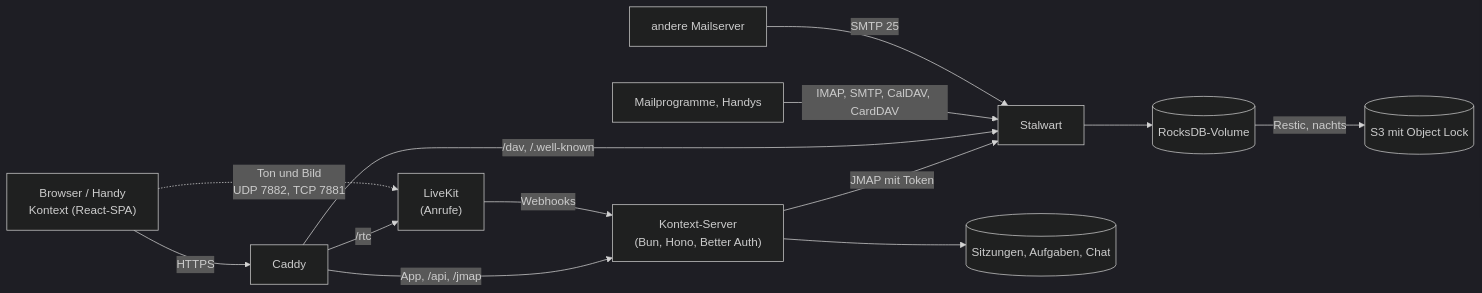
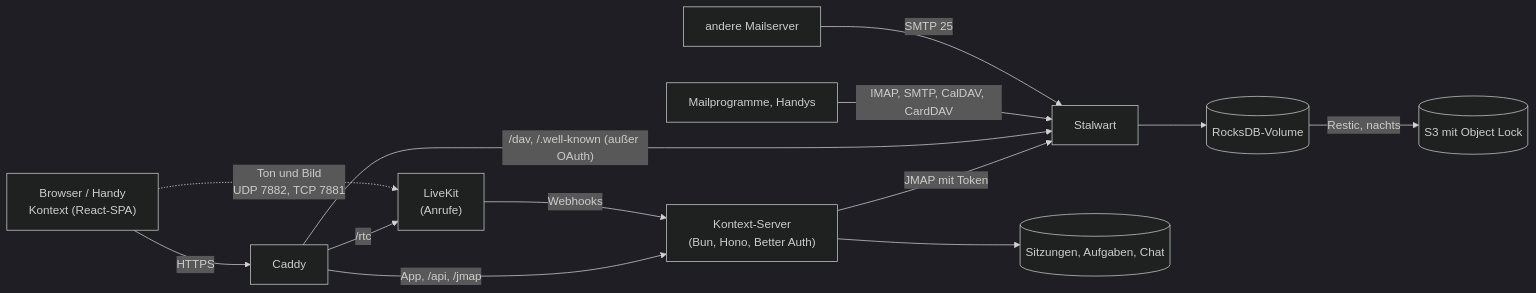
Before and after one commit to firsttris/kontext: the first of 3 diagrams in docs/architecture.md, drawn with Mermaid (dark theme). The commit also changed other lines of this file and 63 other files, not shown here.

````diff
--- a/docs/architecture.md
+++ b/docs/architecture.md
@@ -3,15 +3,15 @@
 ```mermaid
 flowchart LR
   Browser["Browser / Handy<br>Kontext (React-SPA)"] -->|HTTPS| Caddy
   Caddy -->|"App, /api, /jmap"| Server["Kontext-Server<br>(Bun, Hono, Better Auth)"]
   Server -->|"JMAP mit Token"| Stalwart
   Server --> SQLite[("Sitzungen, Aufgaben, Chat")]
   Caddy -->|"/rtc"| LiveKit["LiveKit<br>(Anrufe)"]
   Browser -.->|"Ton und Bild<br>UDP 7882, TCP 7881"| LiveKit
   LiveKit -->|Webhooks| Server
-  Caddy -->|"/dav, /.well-known"| Stalwart
+  Caddy -->|"/dav, /.well-known (außer OAuth)"| Stalwart
   Clients["Mailprogramme, Handys"] -->|"IMAP, SMTP, CalDAV, CardDAV"| Stalwart
   Internet["andere Mailserver"] -->|SMTP 25| Stalwart
   Stalwart --> Daten[("RocksDB-Volume")]
   Daten -->|Restic, nachts| S3[("S3 mit Object Lock")]
 ```
````
